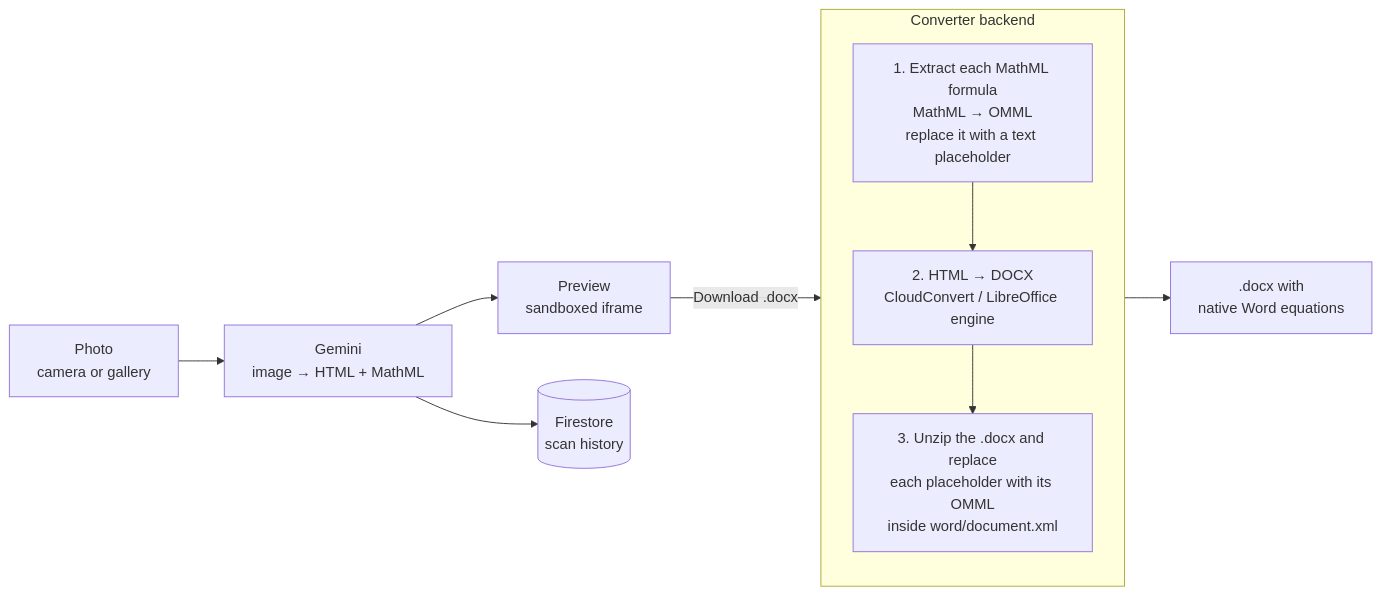
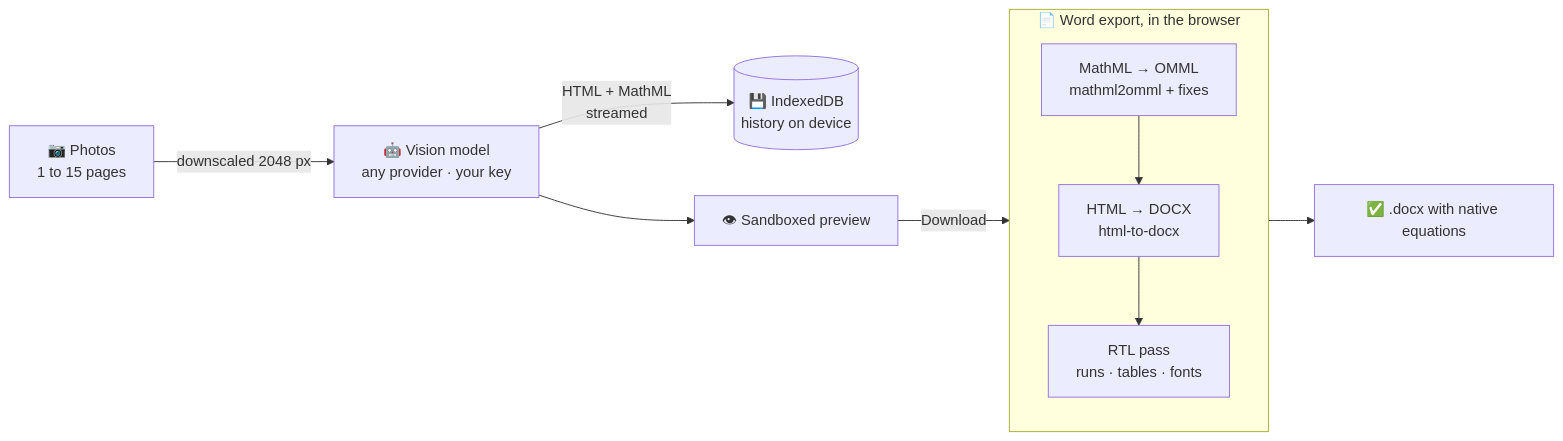
One commit to simoosh/profscanner changed the diagram in README.md. Above: the diagram before and after it, drawn with Mermaid. The commit also changed other lines of this file and 9 other files, not shown here.

First line of the commit message:
docs: visual README with screenshots, install guide and architecture

````diff
--- a/README.md
+++ b/README.md
@@ -44,17 +136,17 @@
 ```mermaid
 flowchart LR
-    A[Photo<br/>camera or gallery] --> B[Gemini<br/>image → HTML + MathML]
-    B --> C[Preview<br/>sandboxed iframe]
-    B --> D[(Firestore<br/>scan history)]
-    C -->|Download .docx| E
+    A["📷 Photos<br/>1 to 15 pages"] -->|"downscaled 2048 px"| B["🤖 Vision model<br/>any provider · your key"]
+    B -->|"HTML + MathML<br/>streamed"| C[("💾 IndexedDB<br/>history on device")]
+    B --> D["👁 Sandboxed preview"]
+    D -->|Download| E
 
-    subgraph E[Converter backend]
+    subgraph E ["📄 Word export, in the browser"]
         direction TB
-        E1[1. Extract each MathML formula<br/>MathML → OMML<br/>replace it with a text placeholder]
-        E2[2. HTML → DOCX<br/>CloudConvert / LibreOffice engine]
-        E3[3. Unzip the .docx and replace<br/>each placeholder with its OMML<br/>inside word/document.xml]
+        E1["MathML → OMML<br/>mathml2omml + fixes"]
+        E2["HTML → DOCX<br/>html-to-docx"]
+        E3["RTL pass<br/>runs · tables · fonts"]
         E1 --> E2 --> E3
     end
 
-    E --> F[.docx with<br/>native Word equations]
+    E --> F["✅ .docx with native equations"]
 ```
````
